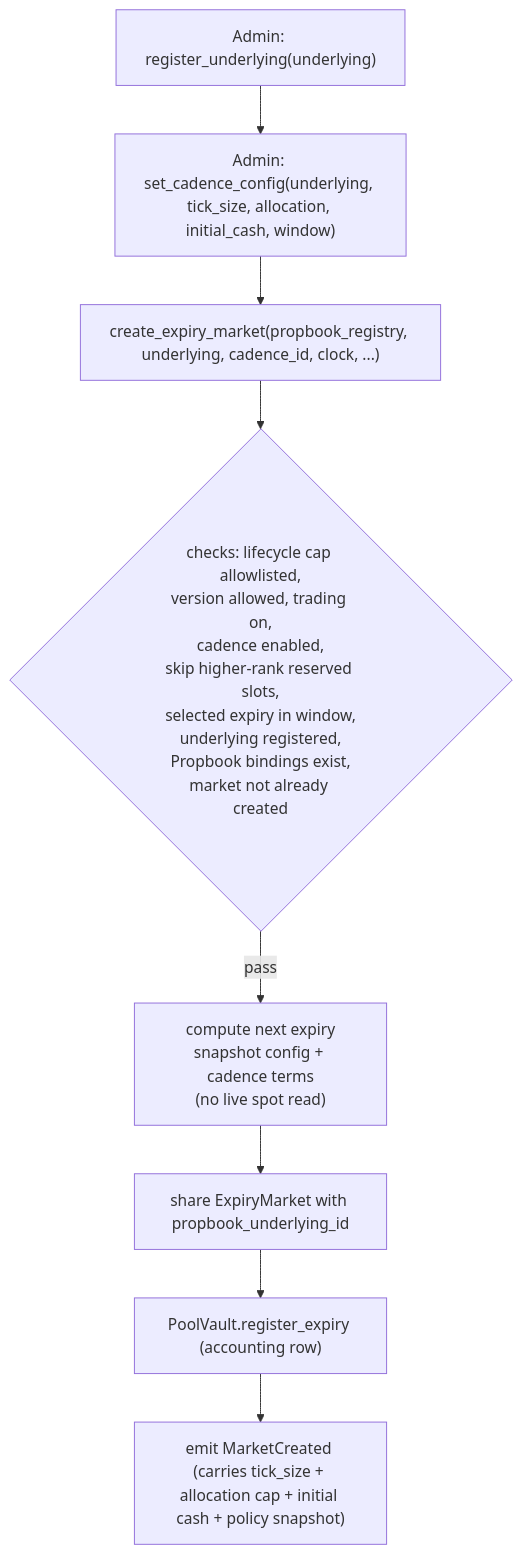
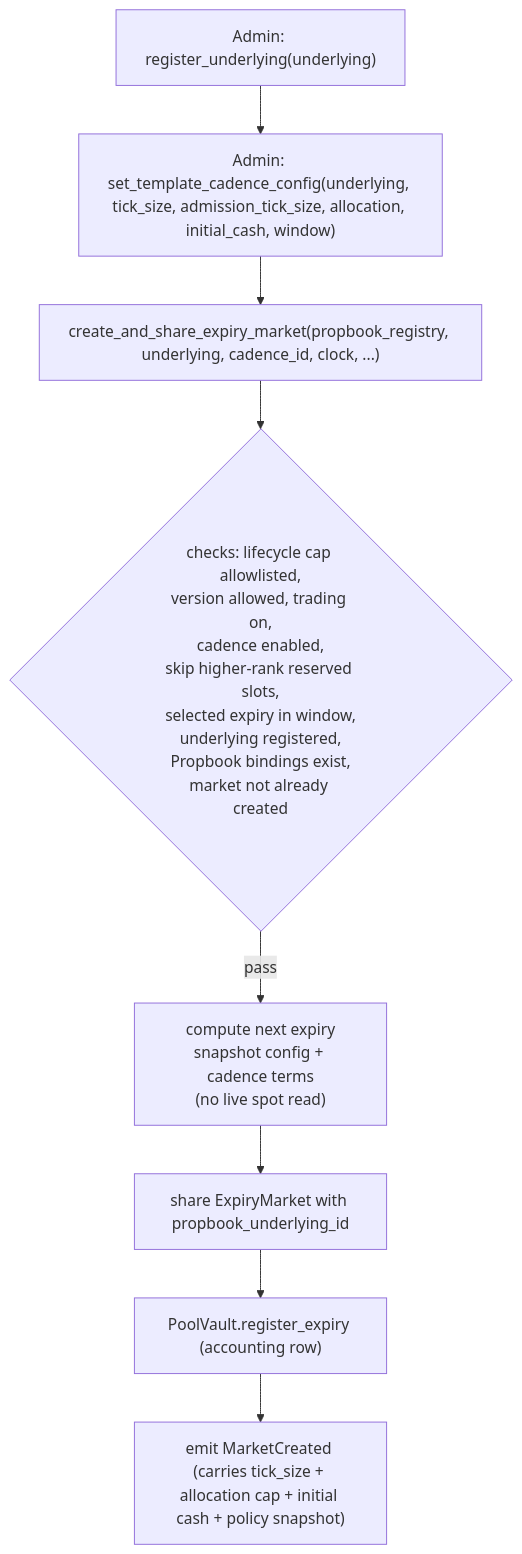
The first of 2 diagrams in packages/predict/docs/concepts/markets-and-positions.md (MystenLabs/deepbookv3), drawn with Mermaid before and after one commit. The commit also changed other lines of this file and 86 other files, not shown here.

````diff
--- a/packages/predict/docs/concepts/markets-and-positions.md
+++ b/packages/predict/docs/concepts/markets-and-positions.md
@@ -26,10 +26,10 @@
 ```mermaid
 flowchart TD
-  A["Admin: register_underlying(underlying)"] --> B["Admin: set_cadence_config(underlying, tick_size, allocation, initial_cash, window)"]
-  B --> C["create_expiry_market(propbook_registry, underlying, cadence_id, clock, ...)"]
+  A["Admin: register_underlying(underlying)"] --> B["Admin: set_template_cadence_config(underlying, tick_size, admission_tick_size, allocation, initial_cash, window)"]
+  B --> C["create_and_share_expiry_market(propbook_registry, underlying, cadence_id, clock, ...)"]
   C --> D{"checks: lifecycle cap allowlisted,<br/>version allowed, trading on,<br/>cadence enabled,<br/>skip higher-rank reserved slots,<br/>selected expiry in window,<br/>underlying registered,<br/>Propbook bindings exist,<br/>market not already created"}
   D -->|pass| E["compute next expiry<br/>snapshot config + cadence terms<br/>(no live spot read)"]
   E --> F["share ExpiryMarket with propbook_underlying_id"]
   F --> G["PoolVault.register_expiry (accounting row)"]
   G --> H["emit MarketCreated (carries tick_size + allocation cap + initial cash + policy snapshot)"]
 ```
````
